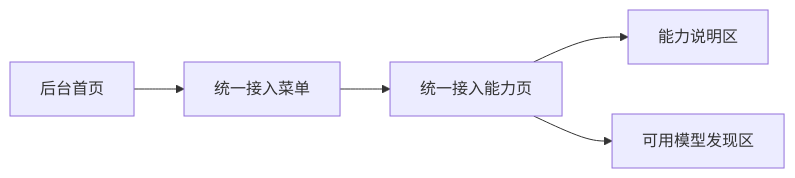
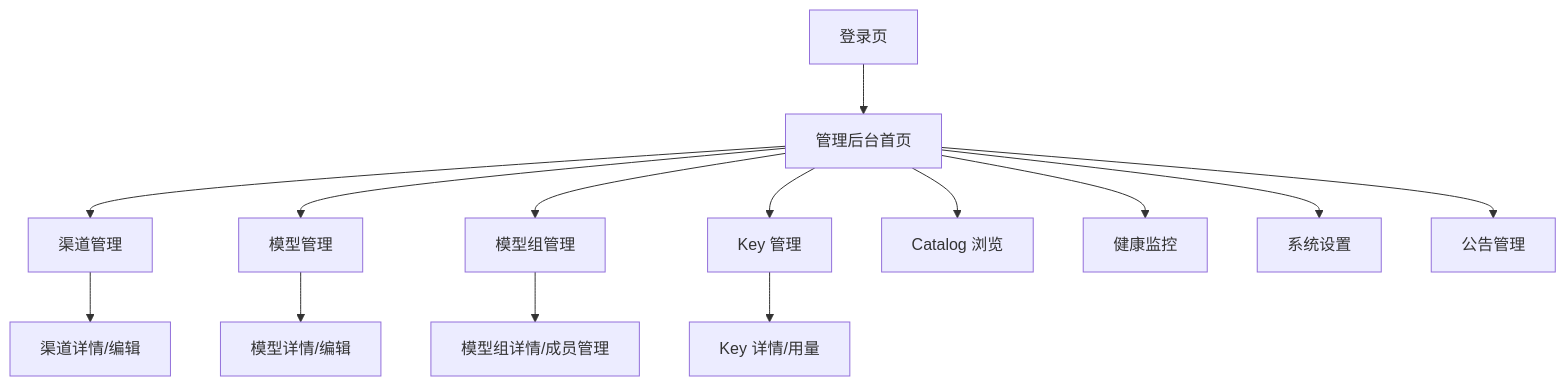
The diagram in xspec/modules/ops-console/spec.md (achieve-jsy/llm-gateway), drawn with Mermaid before and after one commit. The commit also changed other lines of this file and 236 other files, not shown here.

````diff
--- a/xspec/modules/ops-console/spec.md
+++ b/xspec/modules/ops-console/spec.md
@@ -79,7 +76,16 @@
 ```mermaid
-flowchart LR
-    A["后台首页"] --> B["统一接入菜单"]
-    B --> C["统一接入能力页"]
-    C --> D["能力说明区"]
-    C --> E["可用模型发现区"]
+flowchart TD
+    A["登录页"] --> B["管理后台首页"]
+    B --> C["渠道管理"]
+    B --> D["模型管理"]
+    B --> E["模型组管理"]
+    B --> F["Key 管理"]
+    B --> G["Catalog 浏览"]
+    B --> H["健康监控"]
+    B --> I["系统设置"]
+    B --> J["公告管理"]
+    C --> C1["渠道详情/编辑"]
+    D --> D1["模型详情/编辑"]
+    E --> E1["模型组详情/成员管理"]
+    F --> F1["Key 详情/用量"]
 ```
````
